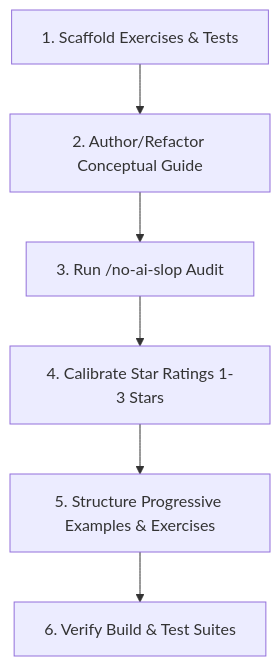
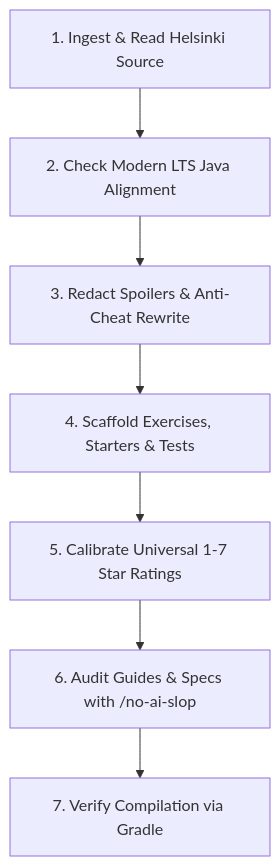
One commit to rynergold/mooc-java changed the diagram in .agents/skills/mooc-create-md-and-exercises/SKILL.md. Above: the diagram before and after it, drawn with Mermaid. The commit also changed other lines of this file and 8 other files, not shown here.

````diff
--- a/.agents/skills/mooc-create-md-and-exercises/SKILL.md
+++ b/.agents/skills/mooc-create-md-and-exercises/SKILL.md
@@ -16,8 +14,9 @@
 ```mermaid
 graph TD
-    A[1. Scaffold Exercises & Tests] --> B[2. Author/Refactor Conceptual Guide]
-    B --> C[3. Run /no-ai-slop Audit]
-    C --> D[4. Calibrate Star Ratings 1-3 Stars]
-    D --> E[5. Structure Progressive Examples & Exercises]
-    E --> F[6. Verify Build & Test Suites]
+    A[1. Ingest & Read Helsinki Source] --> B[2. Check Modern LTS Java Alignment]
+    B --> C[3. Redact Spoilers & Anti-Cheat Rewrite]
+    C --> D[4. Scaffold Exercises, Starters & Tests]
+    D --> E[5. Calibrate Universal 1-7 Star Ratings]
+    E --> F[6. Audit Guides & Specs with /no-ai-slop]
+    F --> G[7. Verify Compilation via Gradle]
 ```
````
